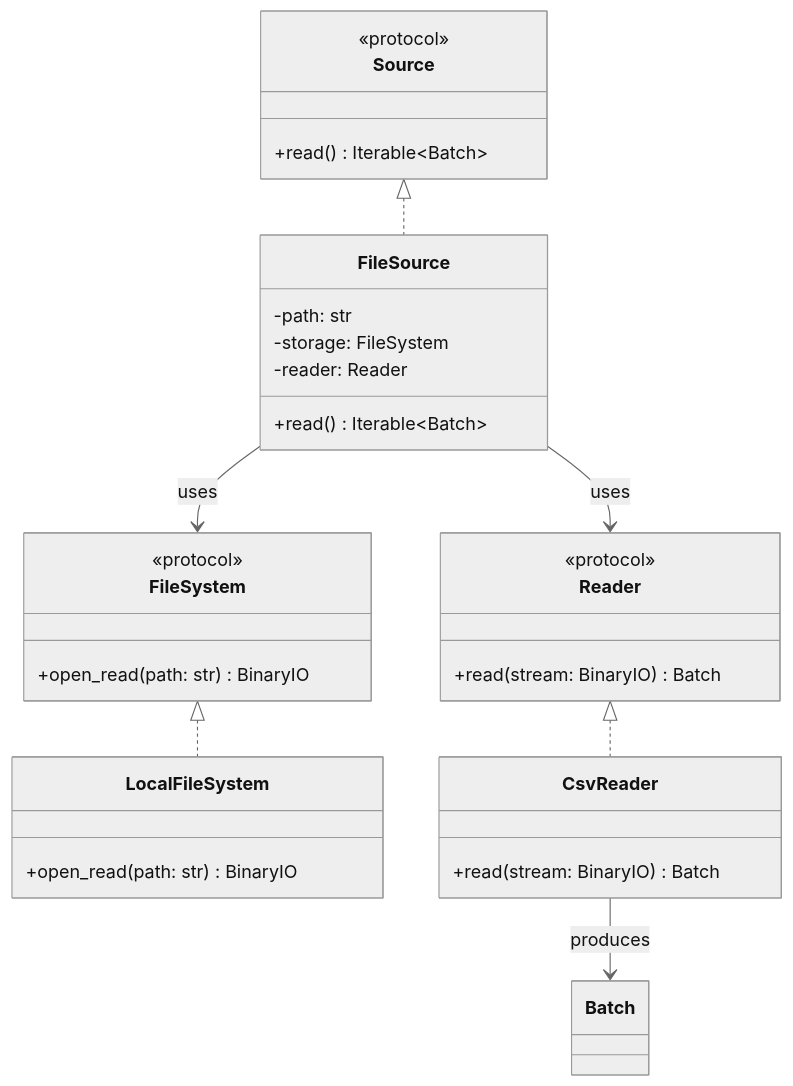
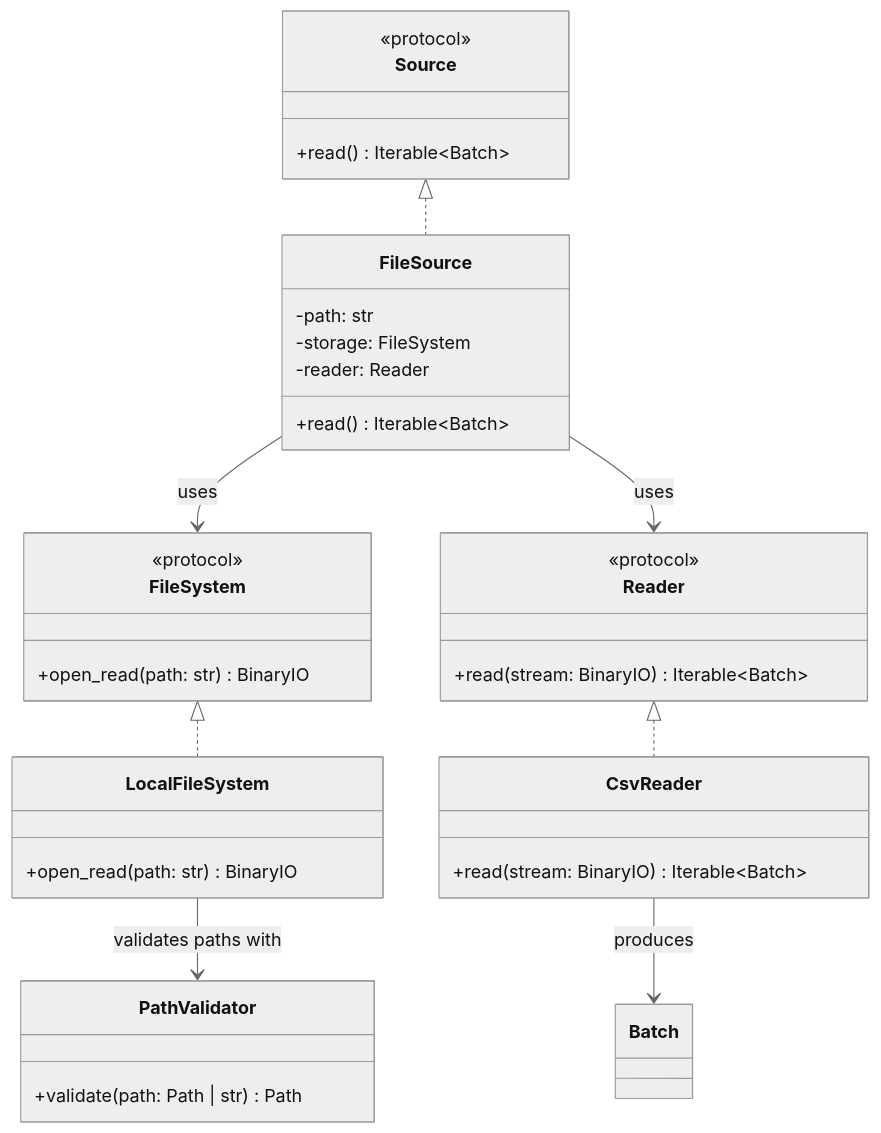
One commit to apaquette/ETLRelay changed the diagram in docs/class_diagrams/file_source_class_diagram.md. Above: the diagram before and after it, drawn with Mermaid (neutral theme). The commit also changed other lines of this file and 57 other files, not shown here.

````diff
--- a/docs/class_diagrams/file_source_class_diagram.md
+++ b/docs/class_diagrams/file_source_class_diagram.md
@@ -16,43 +16,48 @@
 ```mermaid
 classDiagram
     class Source {
         <<protocol>>
         +read() Iterable~Batch~
     }
 
     class FileSource {
         -path: str
         -storage: FileSystem
         -reader: Reader
         +read() Iterable~Batch~
     }
 
     class FileSystem {
         <<protocol>>
         +open_read(path: str) BinaryIO
     }
 
     class Reader {
         <<protocol>>
-        +read(stream: BinaryIO) Batch
+        +read(stream: BinaryIO) Iterable~Batch~
     }
 
     class LocalFileSystem {
         +open_read(path: str) BinaryIO
     }
 
     class CsvReader {
-        +read(stream: BinaryIO) Batch
+        +read(stream: BinaryIO) Iterable~Batch~
+    }
+
+    class PathValidator {
+        +validate(path: Path | str) Path
     }
 
     class Batch
 
     Source <|.. FileSource
     FileSystem <|.. LocalFileSystem
     Reader <|.. CsvReader
 
     FileSource --> FileSystem : uses
     FileSource --> Reader : uses
 
+    LocalFileSystem --> PathValidator : validates paths with
     CsvReader --> Batch : produces
 ```
````
